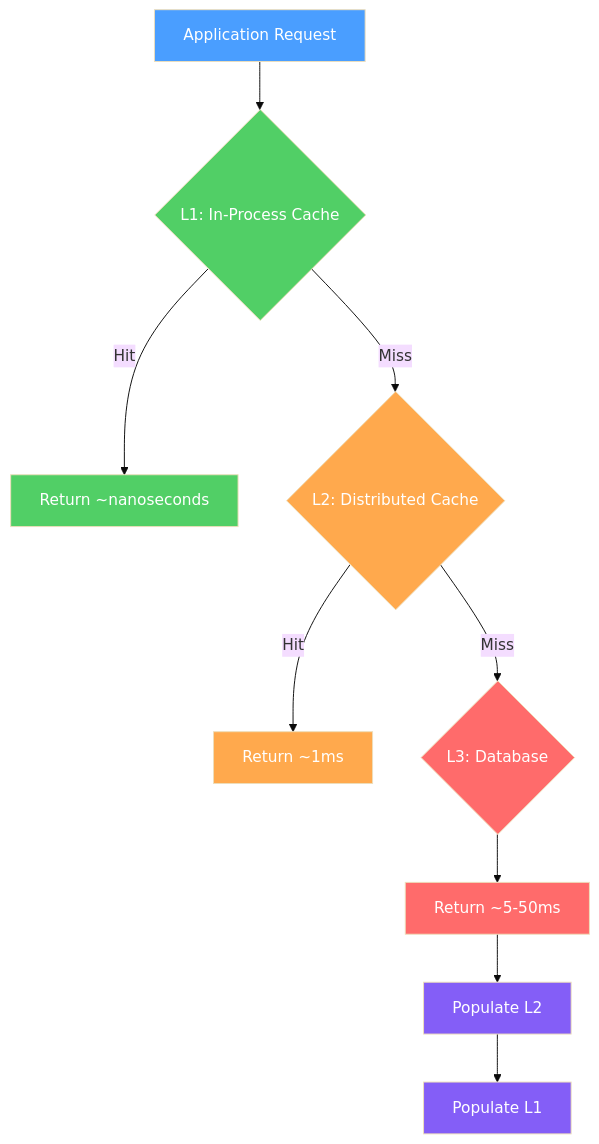
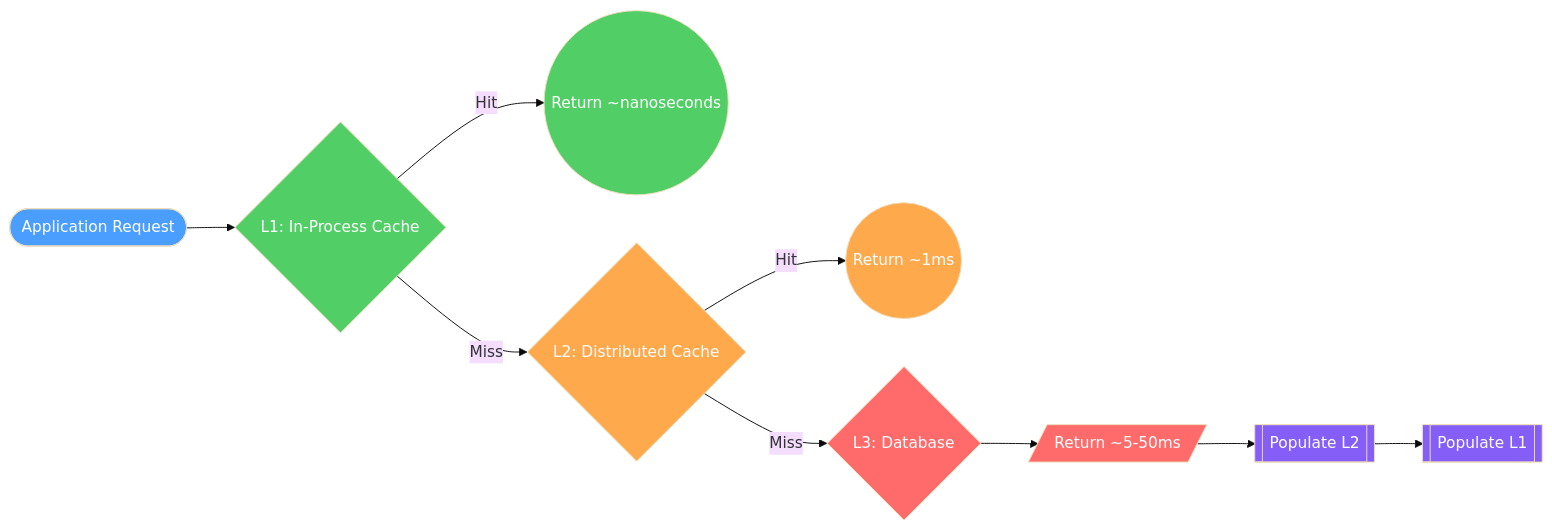
The tenth of 11 diagrams in docs/distributedCaching.md (saivamsikaruturi/vamsilabs-dev-notes-main), drawn with Mermaid (base theme) before and after one commit. The commit also changed other lines of this file and 146 other files, not shown here.

Commit message:
Horizontal diagrams, UML class diagrams, typography overhaul, and permalink cleanup

````diff
--- a/docs/distributedCaching.md
+++ b/docs/distributedCaching.md
@@ -323,21 +323,21 @@
 ```mermaid
-flowchart TD
-    A[Application Request] --> B{L1: In-Process Cache}
-    B -->|Hit| C[Return ~nanoseconds]
-    B -->|Miss| D{L2: Distributed Cache}
-    D -->|Hit| E[Return ~1ms]
-    D -->|Miss| F{L3: Database}
-    F --> G[Return ~5-50ms]
-    G --> H[Populate L2]
-    H --> I[Populate L1]
+flowchart LR
+    A(["Application Request"]) --> B{"L1: In-Process Cache"}
+    B -->|Hit| C(("Return ~nanoseconds"))
+    B -->|Miss| D{"L2: Distributed Cache"}
+    D -->|Hit| E(("Return ~1ms"))
+    D -->|Miss| F{"L3: Database"}
+    F --> G[/"Return ~5-50ms"/]
+    G --> H[["Populate L2"]]
+    H --> I[["Populate L1"]]
 
     style A fill:#4a9eff,color:#fff
     style B fill:#51cf66,color:#fff
     style C fill:#51cf66,color:#fff
     style D fill:#ffa94d,color:#fff
     style E fill:#ffa94d,color:#fff
     style F fill:#ff6b6b,color:#fff
     style G fill:#ff6b6b,color:#fff
     style H fill:#845ef7,color:#fff
     style I fill:#845ef7,color:#fff
 ```
````
